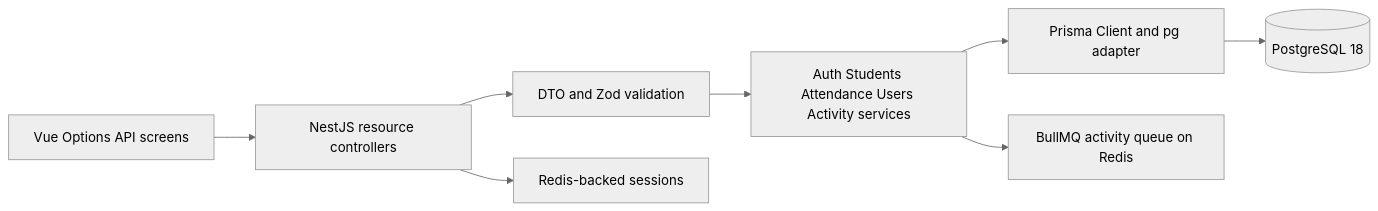
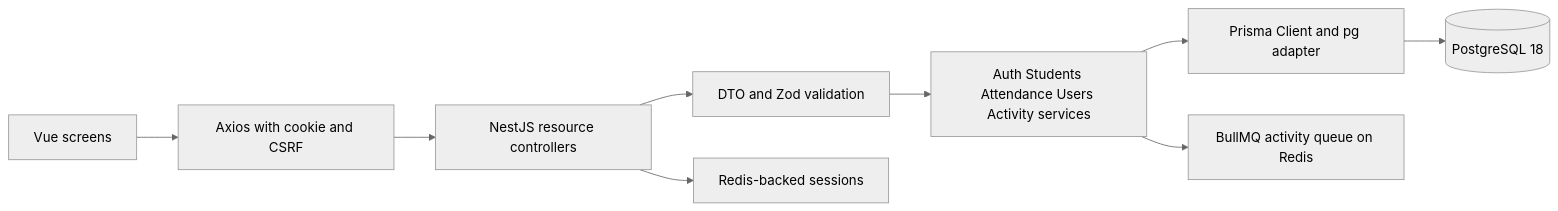
The first of 2 diagrams in TECHNICAL_DESIGN.md (saurabhzaiswal/School-ERP), drawn with Mermaid (neutral theme) before and after one commit. The commit also changed other lines of this file and 14 other files, not shown here.

````diff
--- a/TECHNICAL_DESIGN.md
+++ b/TECHNICAL_DESIGN.md
@@ -29,10 +29,11 @@
 ```mermaid
 flowchart LR
-  UI[Vue Options API screens] --> API[NestJS resource controllers]
+  UI[Vue screens] --> AX[Axios with cookie and CSRF]
+  AX --> API[NestJS resource controllers]
   API --> V[DTO and Zod validation]
   V --> S[Auth Students Attendance Users Activity services]
   S --> P[Prisma Client and pg adapter]
   P --> DB[(PostgreSQL 18)]
   API --> SESSION[Redis-backed sessions]
   S --> QUEUE[BullMQ activity queue on Redis]
 ```
````
